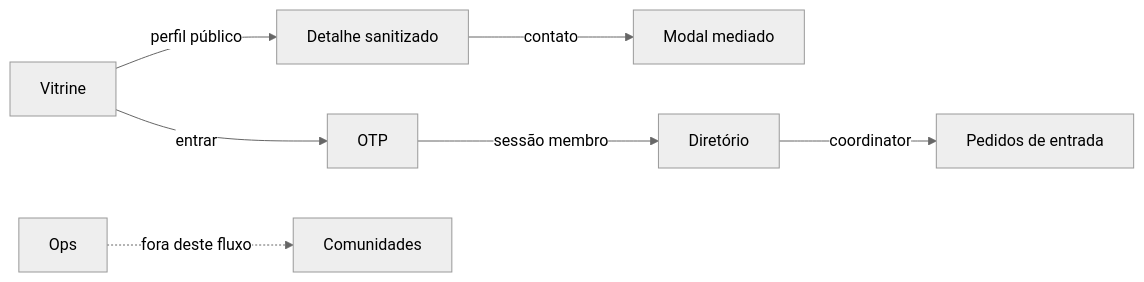
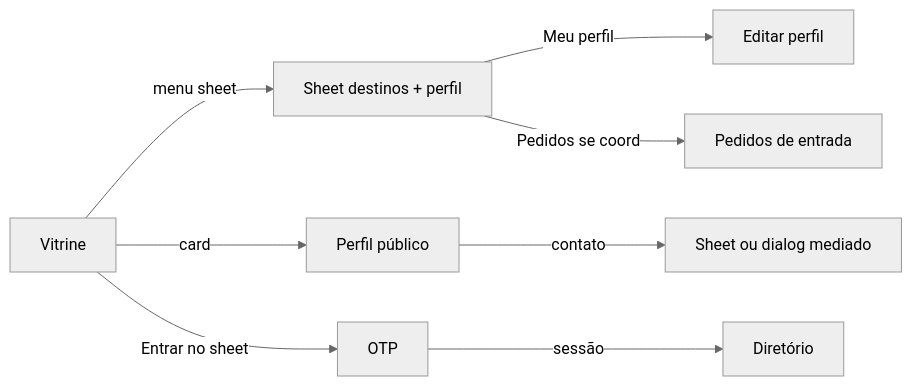
One commit to colabcolibri/comuna changed the first of 2 diagrams in docs/09_design_system.md. Above: the diagram before and after it, drawn with Mermaid (neutral theme). The commit also changed other lines of this file and 103 other files, not shown here.

````diff
--- a/docs/09_design_system.md
+++ b/docs/09_design_system.md
@@ -67,9 +94,10 @@
 ```mermaid
 flowchart LR
-    A[Vitrine] -->|perfil público| B[Detalhe sanitizado]
-    B -->|contato| C[Modal mediado]
-    A -->|entrar| D[OTP]
-    D -->|sessão membro| E[Diretório]
-    E -->|coordinator| F[Pedidos de entrada]
-    G[Ops] -.->|fora deste fluxo| H[Comunidades]
+    V[Vitrine] -->|menu sheet| S[Sheet destinos + perfil]
+    V -->|card| P[Perfil público]
+    P -->|contato| C[Sheet ou dialog mediado]
+    V -->|Entrar no sheet| O[OTP]
+    O -->|sessão| D[Diretório]
+    S -->|Meu perfil| E[Editar perfil]
+    S -->|Pedidos se coord| F[Pedidos de entrada]
 ```
````
